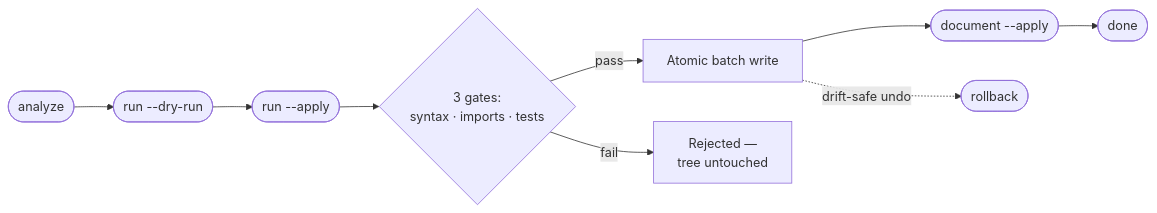
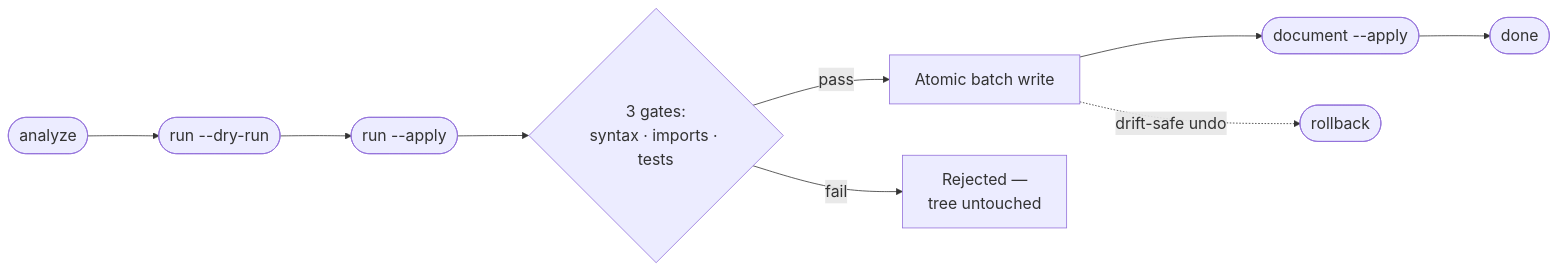
One commit to Refactron-ai/Refactron_Lib_TS changed the diagram in docs/introduction.mdx. Above: the diagram before and after it, drawn with Mermaid.

Commit message:
docs: enlarge the pipeline diagram
Add a Mermaid init directive bumping node/rank spacing and font size so
the flowchart renders larger instead of as a small centered SVG.

````diff
--- a/docs/introduction.mdx
+++ b/docs/introduction.mdx
@@ -55,11 +55,12 @@
 ```mermaid
+%%{init: {'flowchart': {'nodeSpacing': 65, 'rankSpacing': 90, 'padding': 16}, 'themeVariables': {'fontSize': '20px'}}}%%
 flowchart LR
   A([analyze]) --> B([run --dry-run])
   B --> C([run --apply])
   C --> V{"3 gates:<br/>syntax · imports · tests"}
   V -->|pass| W["Atomic batch write"]
   V -->|fail| R["Rejected —<br/>tree untouched"]
   W --> D([document --apply])
   D --> E([done])
   W -.->|drift-safe undo| RB([rollback])
 ```
````
